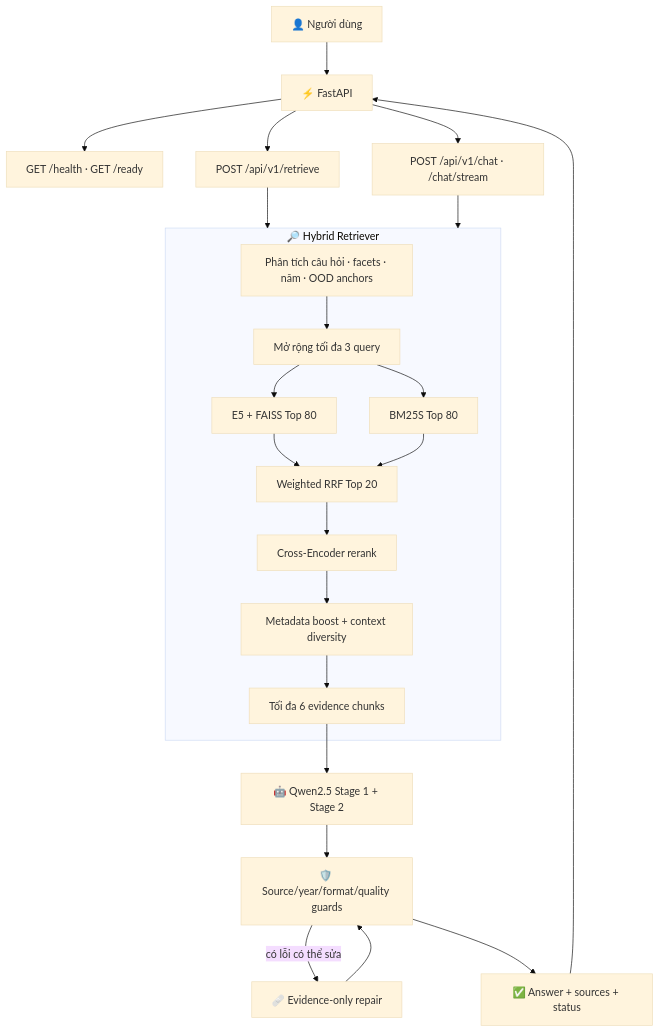
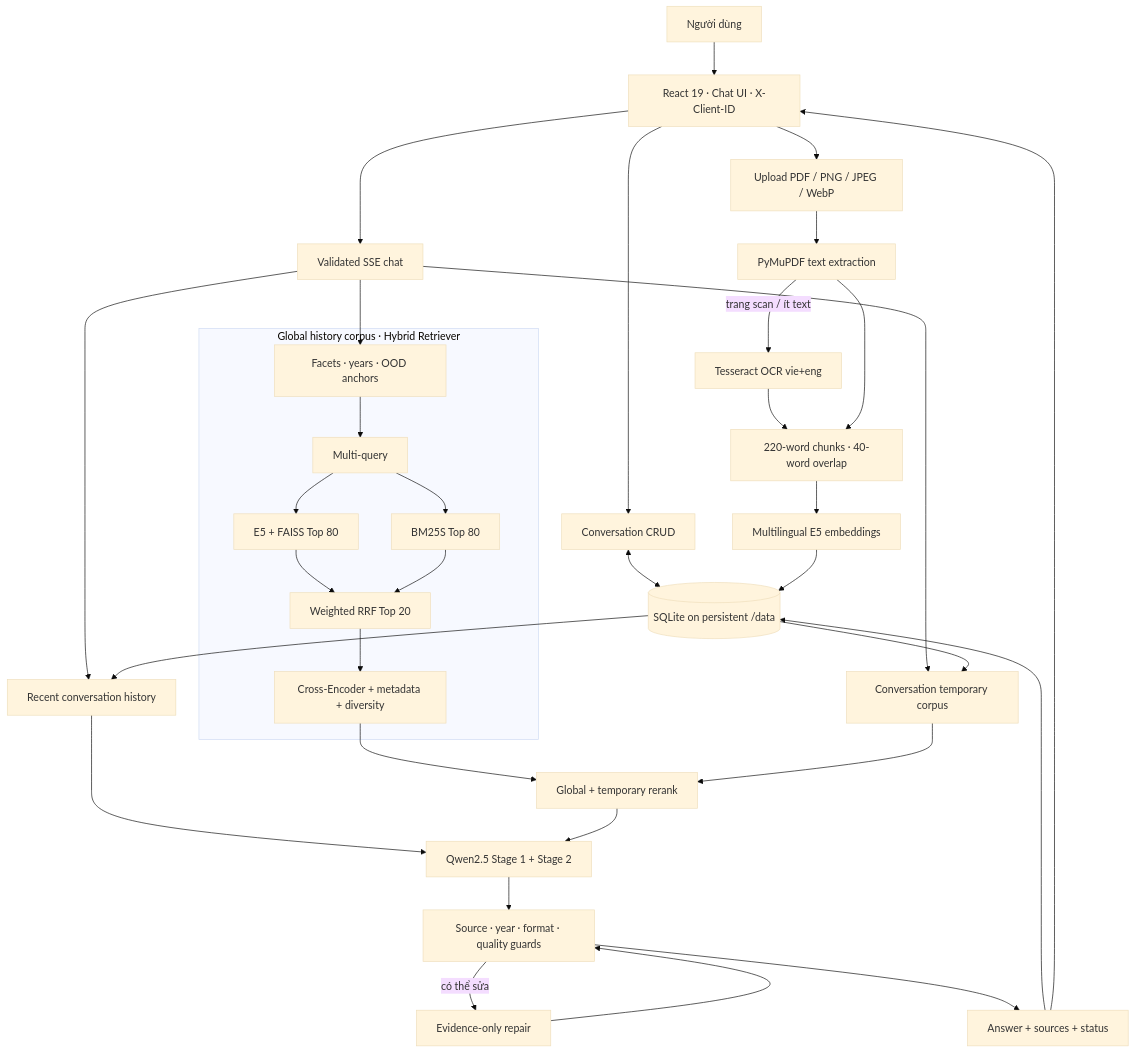
The diagram in README.md (ChuTungDuongg/Chatbot_answering_vietnamese_history), drawn with Mermaid (base theme) before and after one commit. The commit also changed other lines of this file, not shown here.

```diff
--- a/README.md
+++ b/README.md
@@ -43,37 +47,41 @@
 ~~~mermaid
 flowchart TD
-    U["👤 Người dùng"] --> API["⚡ FastAPI"]
-    API --> SYS["GET /health · GET /ready"]
-    API --> RET["POST /api/v1/retrieve"]
-    API --> CHAT["POST /api/v1/chat · /chat/stream"]
+    U["Người dùng"] --> FE["React 19 · Chat UI · X-Client-ID"]
+    FE --> CONV["Conversation CRUD"]
+    FE --> UP["Upload PDF / PNG / JPEG / WebP"]
+    FE --> CHAT["Validated SSE chat"]
 
-    RET --> HR
-    CHAT --> HR
+    CONV <--> DB[("SQLite on persistent /data")]
+    UP --> EXTRACT["PyMuPDF text extraction"]
+    EXTRACT -->|trang scan / ít text| OCR["Tesseract OCR vie+eng"]
+    OCR --> CHUNK["220-word chunks · 40-word overlap"]
+    EXTRACT --> CHUNK
+    CHUNK --> EMB["Multilingual E5 embeddings"]
+    EMB --> DB
 
-    subgraph HR["🔎 Hybrid Retriever"]
-        QA["Phân tích câu hỏi · facets · năm · OOD anchors"]
-        MQ["Mở rộng tối đa 3 query"]
-        D["E5 + FAISS Top 80"]
-        B["BM25S Top 80"]
-        RRF["Weighted RRF Top 20"]
-        CE["Cross-Encoder rerank"]
-        META["Metadata boost + context diversity"]
-        CTX["Tối đa 6 evidence chunks"]
+    CHAT --> MEM["Recent conversation history"]
+    DB --> MEM
+    CHAT --> QA
+    CHAT --> TEMP["Conversation temporary corpus"]
 
-        QA --> MQ
-        MQ --> D
-        MQ --> B
-        D --> RRF
+    subgraph GLOBAL_RAG["Global history corpus · Hybrid Retriever"]
+        QA["Facets · years · OOD anchors"] --> MQ["Multi-query"]
+        MQ --> D["E5 + FAISS Top 80"]
+        MQ --> B["BM25S Top 80"]
+        D --> RRF["Weighted RRF Top 20"]
         B --> RRF
-        RRF --> CE
-        CE --> META
-        META --> CTX
+        RRF --> CE["Cross-Encoder + metadata + diversity"]
     end
 
-    CTX --> GEN["🤖 Qwen2.5 Stage 1 + Stage 2"]
-    GEN --> GUARD["🛡️ Source/year/format/quality guards"]
-    GUARD -->|có lỗi có thể sửa| REPAIR["🩹 Evidence-only repair"]
+    DB --> TEMP
+    CE --> MERGE["Global + temporary rerank"]
+    TEMP --> MERGE
+    MEM --> GEN["Qwen2.5 Stage 1 + Stage 2"]
+    MERGE --> GEN
+    GEN --> GUARD["Source · year · format · quality guards"]
+    GUARD -->|có thể sửa| REPAIR["Evidence-only repair"]
     REPAIR --> GUARD
-    GUARD --> OUT["✅ Answer + sources + status"]
-    OUT --> API
+    GUARD --> OUT["Answer + sources + status"]
+    OUT --> DB
+    OUT --> FE
 ~~~
```
